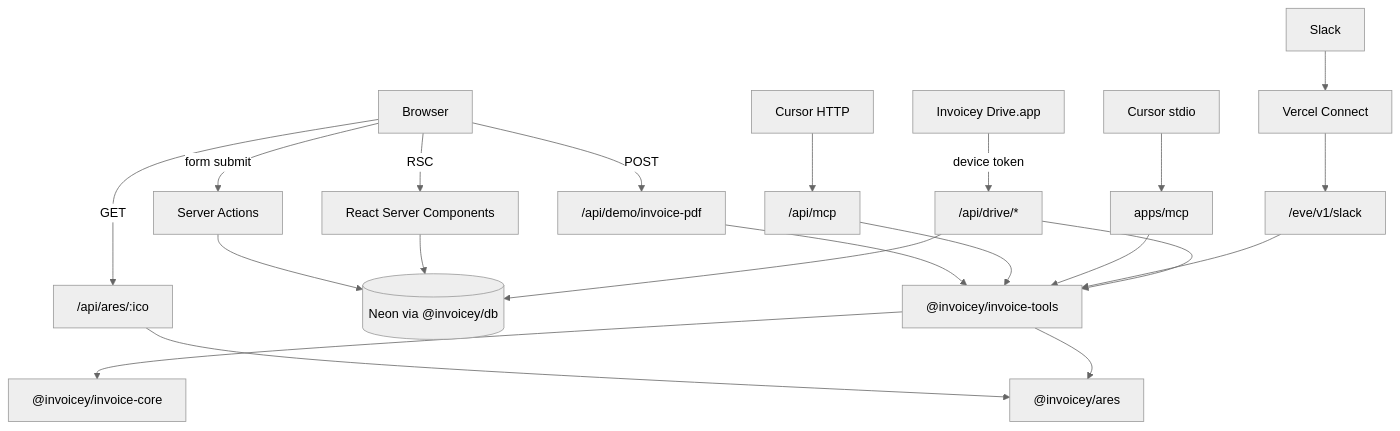
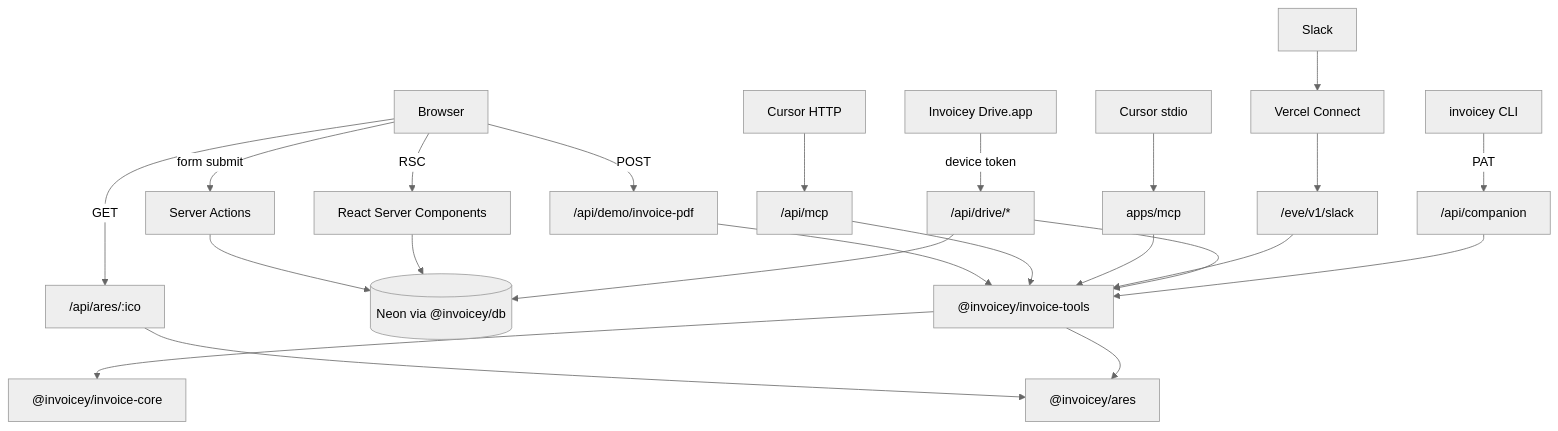
One commit to filipditrich/inveoiceyai changed the first of 4 diagrams in docs/architecture.md. Above: the diagram before and after it, drawn with Mermaid (neutral theme). The commit also changed other lines of this file and 43 other files, not shown here.

First line of the commit message:
feat(cli): add interactive operator companion (#31)

````diff
--- a/docs/architecture.md
+++ b/docs/architecture.md
@@ -65,24 +66,26 @@
 ```mermaid
 flowchart TD
     Browser["Browser"] -->|RSC| RSC["React Server Components"]
     Browser -->|form submit| SA["Server Actions"]
     Browser -->|GET| RH_ARES["/api/ares/:ico"]
     Browser -->|POST| RH_Demo["/api/demo/invoice-pdf"]
     CursorLocal["Cursor stdio"] --> McpApp["apps/mcp"]
     CursorRemote["Cursor HTTP"] --> RH_Mcp["/api/mcp"]
     SlackAPI["Slack"] --> Connect["Vercel Connect"]
     Connect --> Eve["/eve/v1/slack"]
     MacDrive["Invoicey Drive.app"] -->|"device token"| RH_Drive["/api/drive/*"]
+    Cli["invoicey CLI"] -->|"PAT"| RH_Companion["/api/companion"]
 
     SA --> DB[("Neon via @invoicey/db")]
     RSC --> DB
     RH_ARES --> Ares["@invoicey/ares"]
     RH_Demo --> Tools["@invoicey/invoice-tools"]
     RH_Mcp --> Tools
     McpApp --> Tools
     Eve --> Tools
     RH_Drive --> Tools
     RH_Drive --> DB
+    RH_Companion --> Tools
     Tools --> Core["@invoicey/invoice-core"]
     Tools --> Ares
 ```
````
